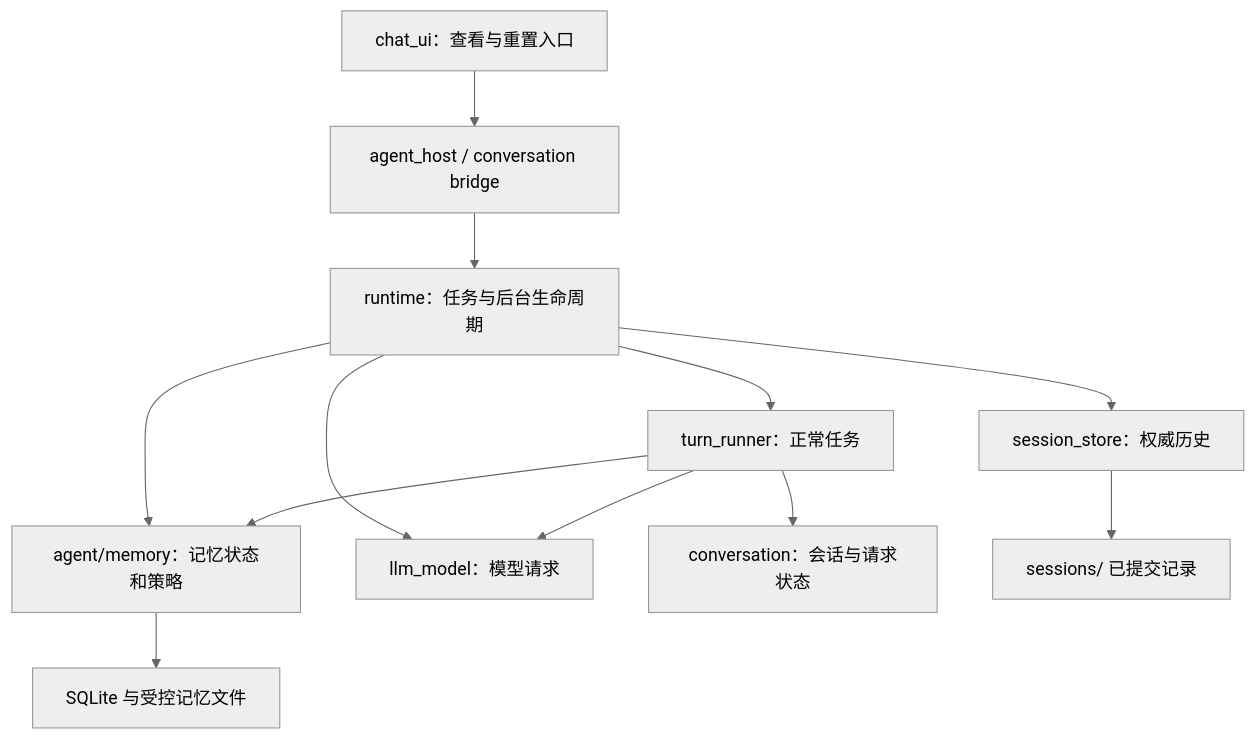
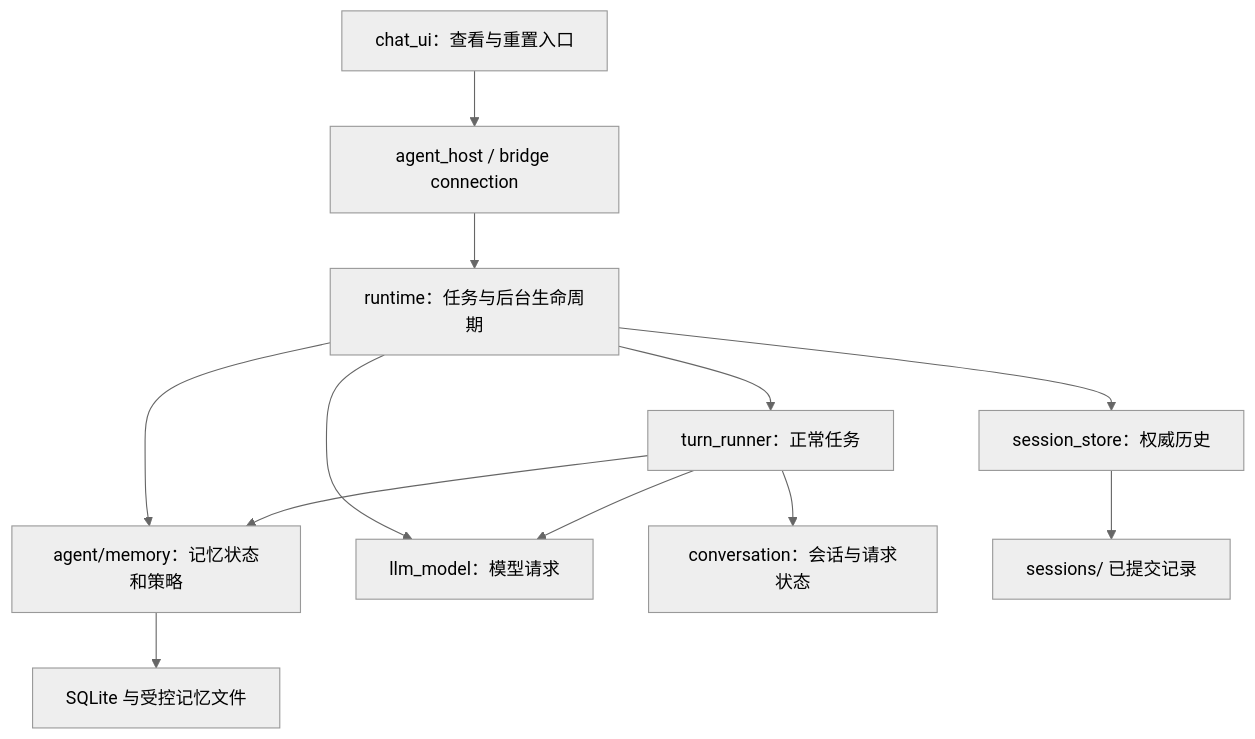
Before and after one commit to slc90/Agentelier: the fourth of 4 diagrams in docs/design/mechanisms/long-term-memory.md, drawn with Mermaid (neutral theme). The commit also changed other lines of this file and 26 other files, not shown here.

````diff
--- a/docs/design/mechanisms/long-term-memory.md
+++ b/docs/design/mechanisms/long-term-memory.md
@@ -166,14 +170,14 @@
 ```mermaid
 flowchart TD
-    UI["chat_ui：查看与重置入口"] --> Host["agent_host / conversation bridge"]
+    UI["chat_ui：查看与重置入口"] --> Host["agent_host / bridge connection"]
     Host --> RT["runtime：任务与后台生命周期"]
     RT --> Store["session_store：权威历史"]
     RT --> Memory["agent/memory：记忆状态和策略"]
     RT --> Model["llm_model：模型请求"]
     RT --> Runner["turn_runner：正常任务"]
     Runner --> Memory
     Runner --> Conv["conversation：会话与请求状态"]
     Runner --> Model
     Memory --> Disk["SQLite 与受控记忆文件"]
     Store --> Sessions["sessions/ 已提交记录"]
 ```
````
